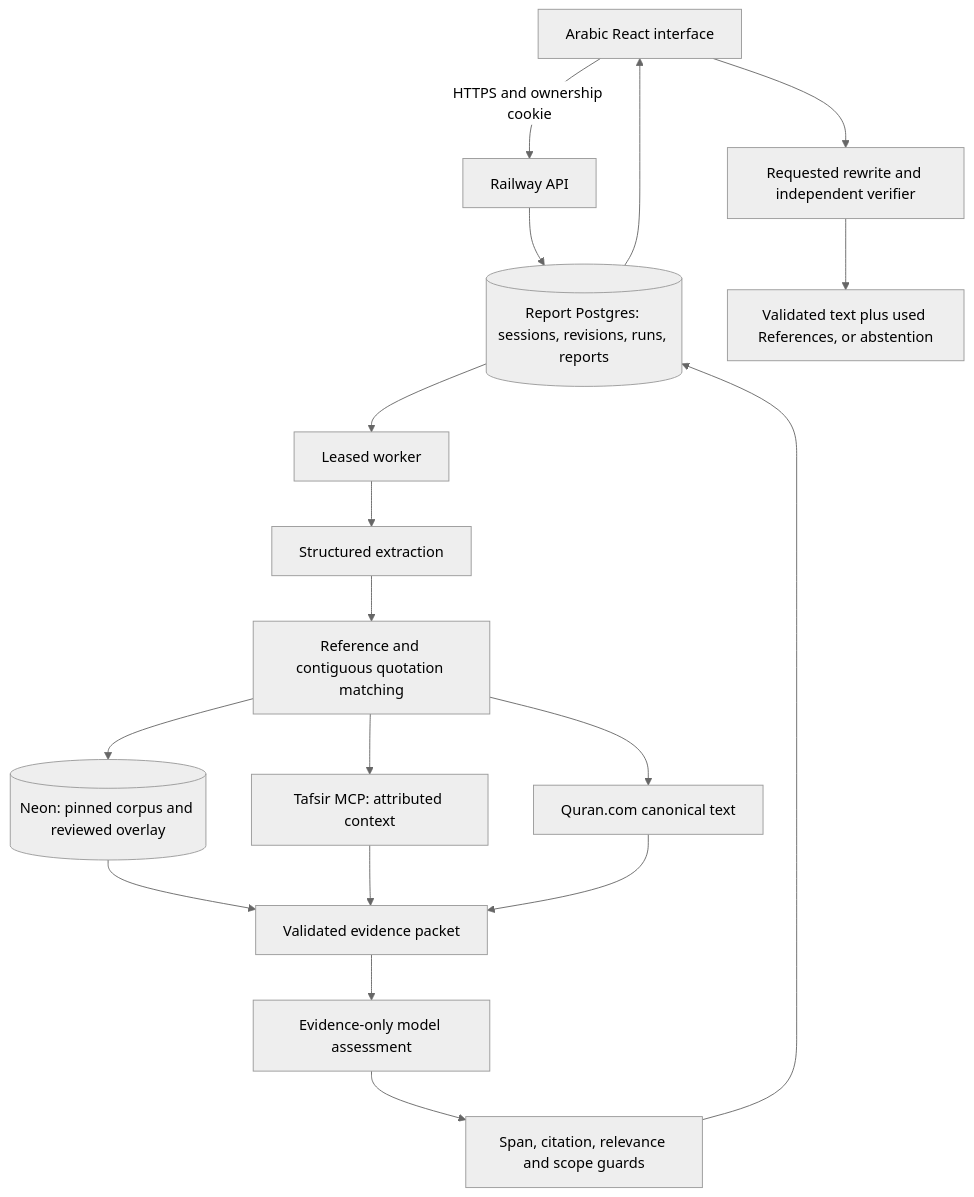
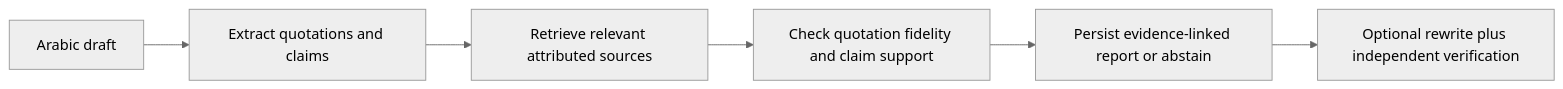
One commit to smaq777/Basira-Hackathon changed the diagram in README.md. Above: the diagram before and after it, drawn with Mermaid (neutral theme). The commit also changed other lines of this file and 5 other files, not shown here.

````diff
--- a/README.md
+++ b/README.md
@@ -48,20 +32,8 @@
 ```mermaid
-flowchart TD
-  U[Arabic React interface] -->|HTTPS and ownership cookie| A[Railway API]
-  A --> R[(Report Postgres: sessions, revisions, runs, reports)]
-  R --> W[Leased worker]
-  W --> X[Structured extraction]
-  X --> Q[Reference and contiguous quotation matching]
-  Q --> N[(Neon: pinned corpus and reviewed overlay)]
-  Q --> T[Tafsir MCP: attributed context]
-  Q --> K[Quran.com canonical text]
-  N --> E[Validated evidence packet]
-  T --> E
-  K --> E
-  E --> S[Evidence-only model assessment]
-  S --> G[Span, citation, relevance and scope guards]
-  G --> R
-  R --> U
-  U --> RW[Requested rewrite and independent verifier]
-  RW --> C[Validated text plus used References, or abstention]
+flowchart LR
+  A[Arabic draft] --> B[Extract quotations and claims]
+  B --> C[Retrieve relevant attributed sources]
+  C --> D[Check quotation fidelity and claim support]
+  D --> E[Persist evidence-linked report or abstain]
+  E --> F[Optional rewrite plus independent verification]
 ```
````
